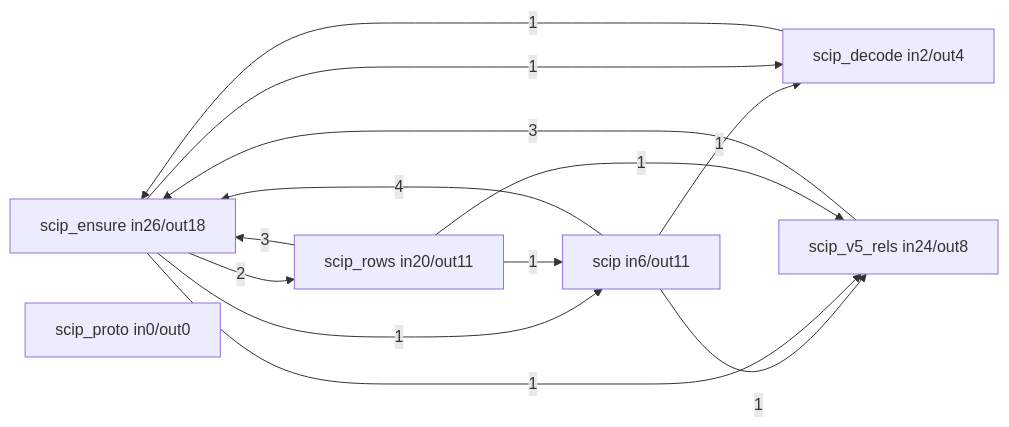
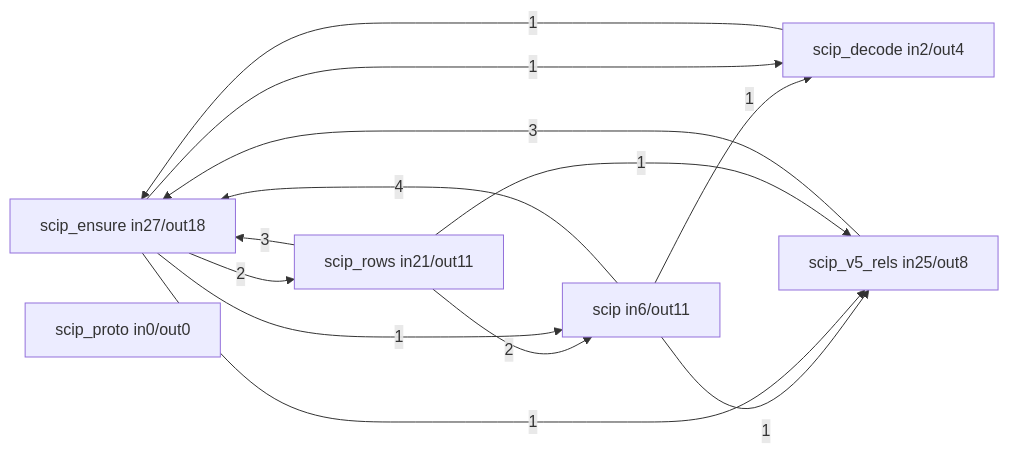
One commit to hafley66/sprefa changed the fifth of 5 diagrams in docs/selfdoc/extract.md. Above: the diagram before and after it, drawn with Mermaid. The commit also changed other lines of this file and 10 other files, not shown here.

````diff
--- a/docs/selfdoc/extract.md
+++ b/docs/selfdoc/extract.md
@@ -300,21 +303,21 @@
 ```mermaid
 flowchart LR
-  n1["scip_ensure  in26/out18"]
-  n2["scip_v5_rels  in24/out8"]
-  n3["scip_rows  in20/out11"]
+  n1["scip_ensure  in27/out18"]
+  n2["scip_v5_rels  in25/out8"]
+  n3["scip_rows  in21/out11"]
   n4["scip  in6/out11"]
   n5["scip_decode  in2/out4"]
   n6["scip_proto  in0/out0"]
   n4 -->|4| n1
   n3 -->|3| n1
   n2 -->|3| n1
   n1 -->|2| n3
+  n3 -->|2| n4
   n4 -->|1| n5
   n4 -->|1| n2
   n5 -->|1| n1
   n1 -->|1| n4
   n1 -->|1| n5
   n1 -->|1| n2
-  n3 -->|1| n4
   n3 -->|1| n2
 ```
````
